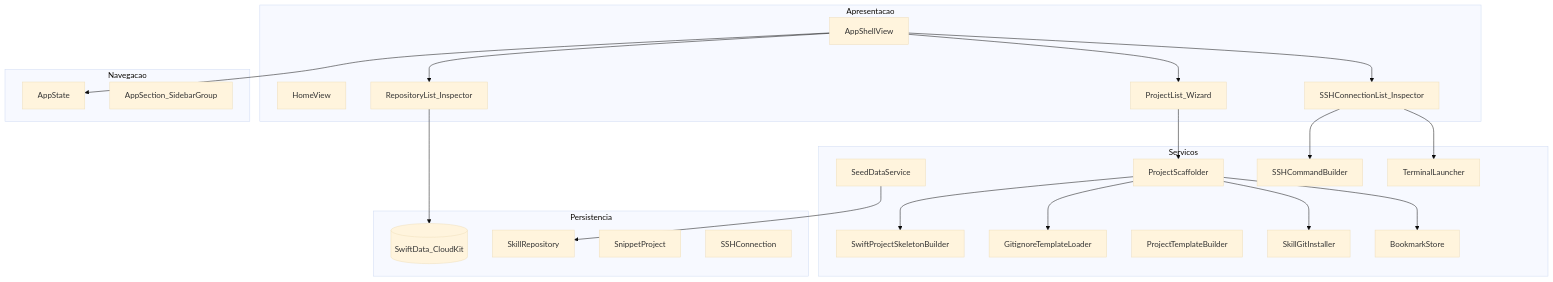
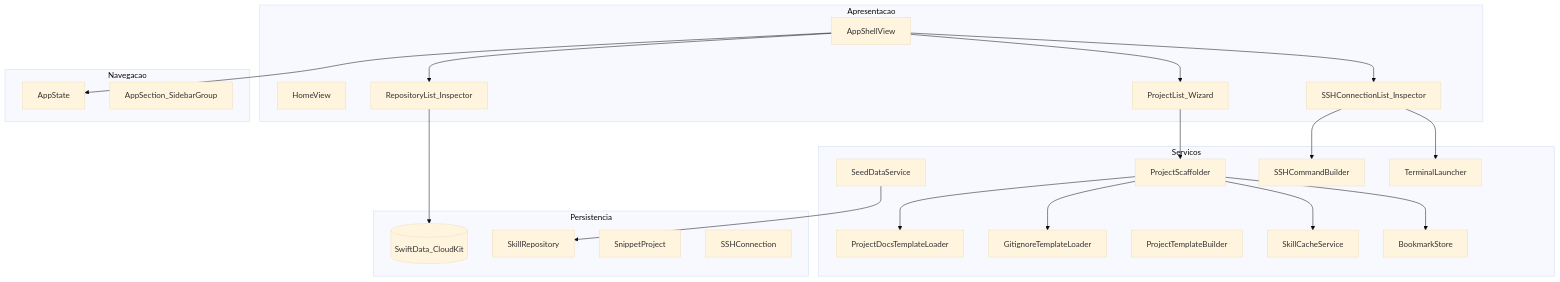
Before and after one commit to micheltlutz/ml-terminal-snippets: the diagram in docs/architecture.md, drawn with Mermaid (base theme). The commit also changed other lines of this file and 109 other files, not shown here.

First line of the commit message:
Scaffold focado em skills locais e testes Swift Testing.

````diff
--- a/docs/architecture.md
+++ b/docs/architecture.md
@@ -26,48 +26,48 @@
 ```mermaid
 flowchart TB
   subgraph presentation [Apresentacao]
     Shell[AppShellView]
     Home[HomeView]
     Repos[RepositoryList_Inspector]
     Projects[ProjectList_Wizard]
     SSH[SSHConnectionList_Inspector]
   end
 
   subgraph navigation [Navegacao]
     AppState[AppState]
     AppSection[AppSection_SidebarGroup]
   end
 
   subgraph services [Servicos]
     Seed[SeedDataService]
     Scaffold[ProjectScaffolder]
-    Skeleton[SwiftProjectSkeletonBuilder]
-    GitInstall[SkillGitInstaller]
+    DocsLoader[ProjectDocsTemplateLoader]
+    GitInstall[SkillCacheService]
     Templates[ProjectTemplateBuilder]
     GitignoreL[GitignoreTemplateLoader]
     SSHCmd[SSHCommandBuilder]
     Terminal[TerminalLauncher]
     Bookmark[BookmarkStore]
   end
 
   subgraph persistence [Persistencia]
     SD[(SwiftData_CloudKit)]
     SkillRepo[SkillRepository]
     SnippetProj[SnippetProject]
     SSHConn[SSHConnection]
   end
 
   Shell --> AppState
   Shell --> Repos
   Shell --> Projects
   Shell --> SSH
   Repos --> SD
   Projects --> Scaffold
-  Scaffold --> Skeleton
+  Scaffold --> DocsLoader
   Scaffold --> GitignoreL
   Scaffold --> GitInstall
   SSH --> SSHCmd
   SSH --> Terminal
   Scaffold --> Bookmark
   Seed --> SkillRepo
 ```
````
